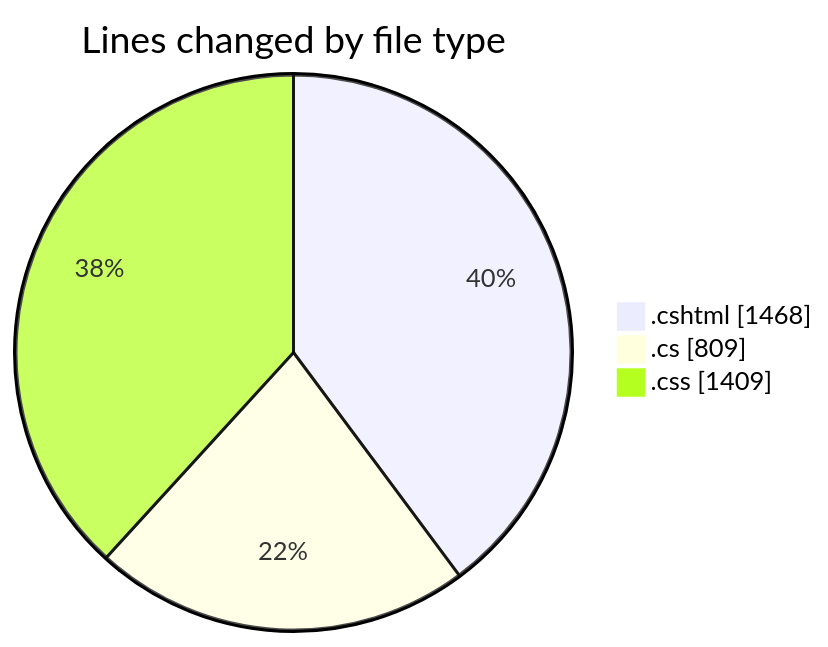
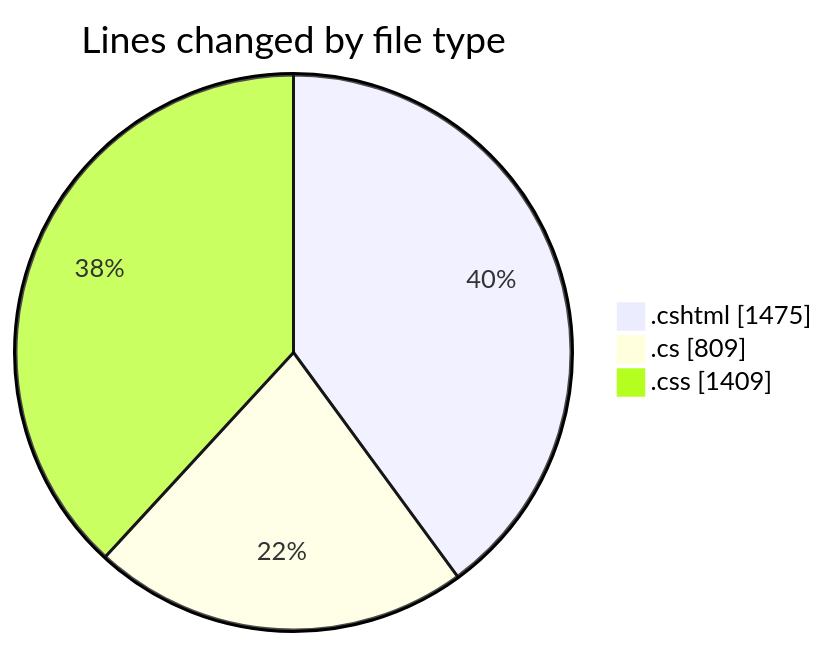
The first of 2 diagrams in 2025-07-18/nhahang/README.md (lephambinh05/code-tracking), drawn with Mermaid before and after one commit. The commit also changed other lines of this file and 1 other file, not shown here.

````diff
--- a/2025-07-18/nhahang/README.md
+++ b/2025-07-18/nhahang/README.md
@@ -45,7 +45,7 @@
 ```mermaid
 pie showData
 title Lines changed by file type
-".cshtml" : 1468
+".cshtml" : 1475
 ".cs" : 809
 ".css" : 1409
 ```
````
